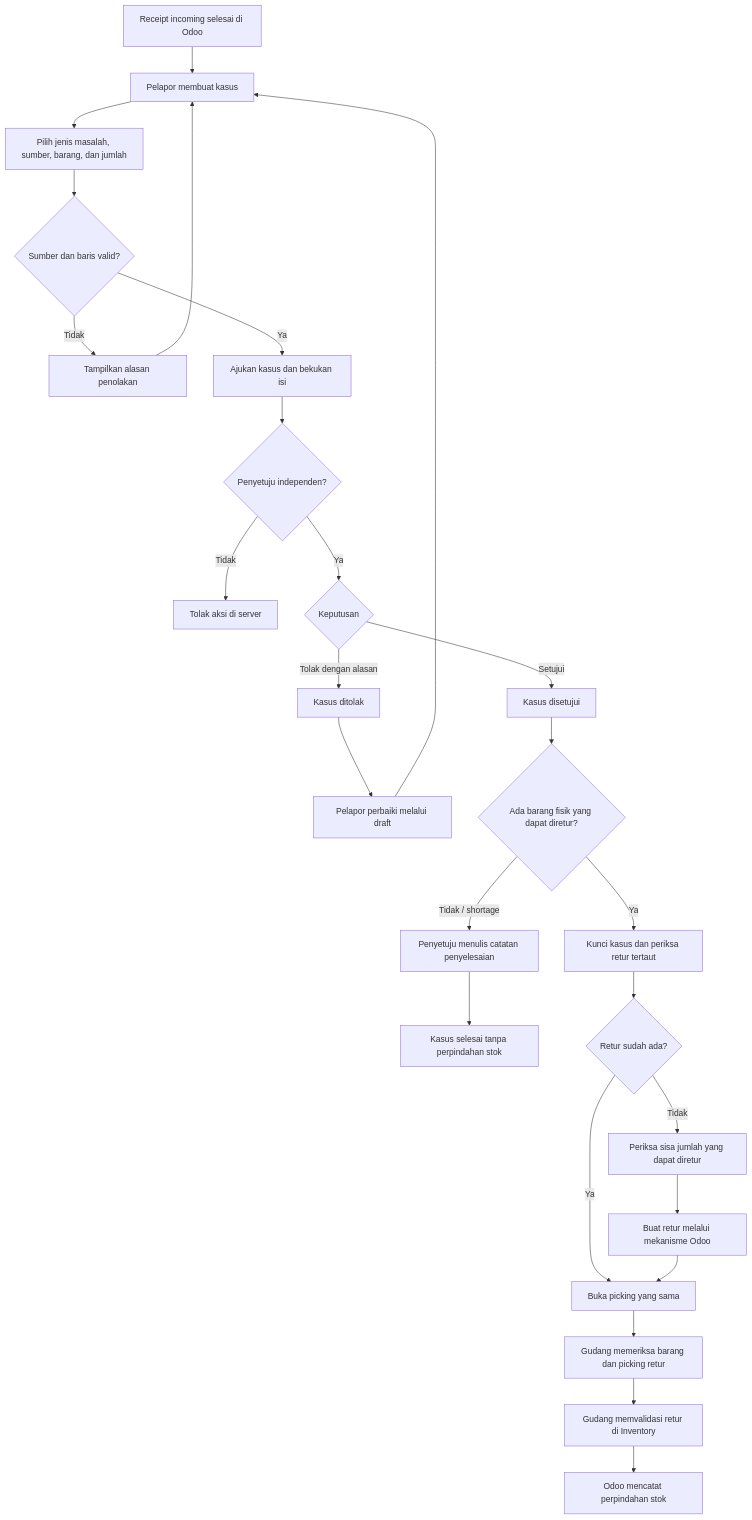
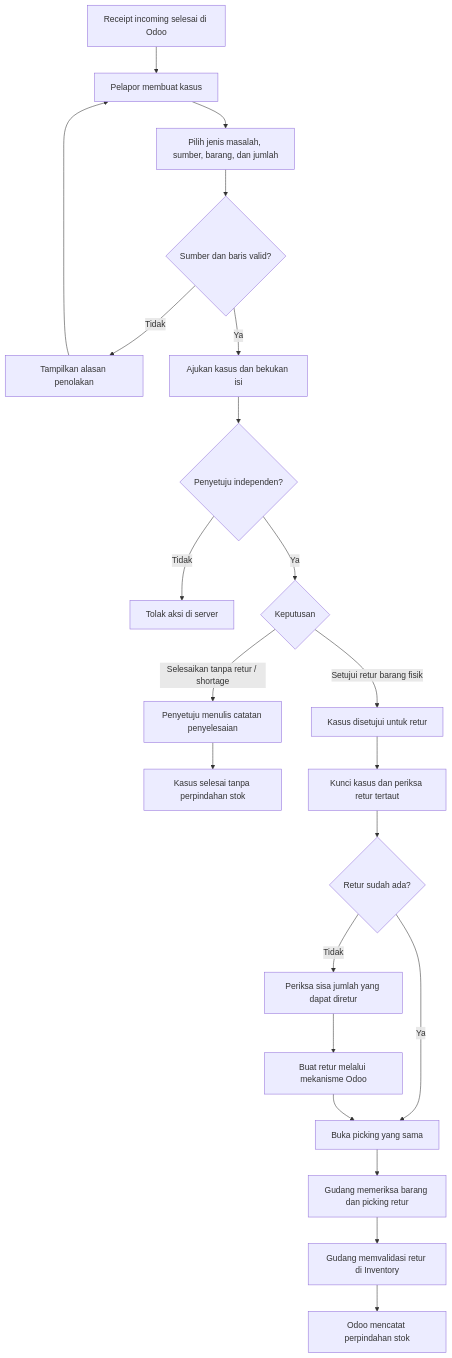
The second of 6 diagrams in docs/FLOWS.md (zalamanga/supplyflow-odoo), drawn with Mermaid before and after one commit. The commit also changed other lines of this file and 65 other files, not shown here.

````diff
--- a/docs/FLOWS.md
+++ b/docs/FLOWS.md
@@ -38,28 +38,24 @@
 ```mermaid
 flowchart TD
     A[Receipt incoming selesai di Odoo] --> B[Pelapor membuat kasus]
     B --> C[Pilih jenis masalah, sumber, barang, dan jumlah]
     C --> D{Sumber dan baris valid?}
     D -- Tidak --> E[Tampilkan alasan penolakan]
     E --> B
     D -- Ya --> F[Ajukan kasus dan bekukan isi]
     F --> G{Penyetuju independen?}
     G -- Tidak --> H[Tolak aksi di server]
     G -- Ya --> I{Keputusan}
-    I -- Tolak dengan alasan --> J[Kasus ditolak]
-    J --> K[Pelapor perbaiki melalui draft]
-    K --> B
-    I -- Setujui --> L[Kasus disetujui]
-    L --> M{Ada barang fisik yang dapat diretur?}
-    M -- Tidak / shortage --> N[Penyetuju menulis catatan penyelesaian]
+    I -- Selesaikan tanpa retur / shortage --> N[Penyetuju menulis catatan penyelesaian]
     N --> O[Kasus selesai tanpa perpindahan stok]
-    M -- Ya --> P[Kunci kasus dan periksa retur tertaut]
+    I -- Setujui retur barang fisik --> L[Kasus disetujui untuk retur]
+    L --> P[Kunci kasus dan periksa retur tertaut]
     P --> Q{Retur sudah ada?}
     Q -- Ya --> R[Buka picking yang sama]
     Q -- Tidak --> S[Periksa sisa jumlah yang dapat diretur]
     S --> T[Buat retur melalui mekanisme Odoo]
     T --> R
     R --> U[Gudang memeriksa barang dan picking retur]
     U --> V[Gudang memvalidasi retur di Inventory]
     V --> W[Odoo mencatat perpindahan stok]
 ```
````
